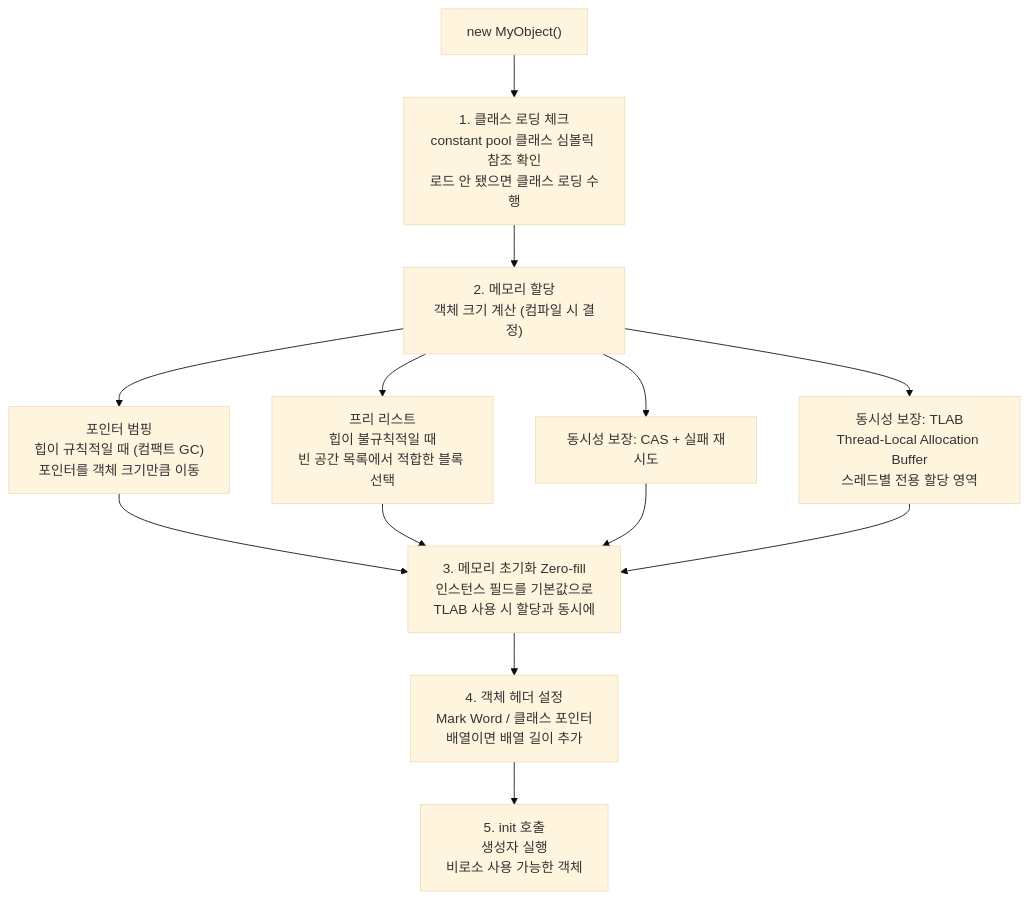
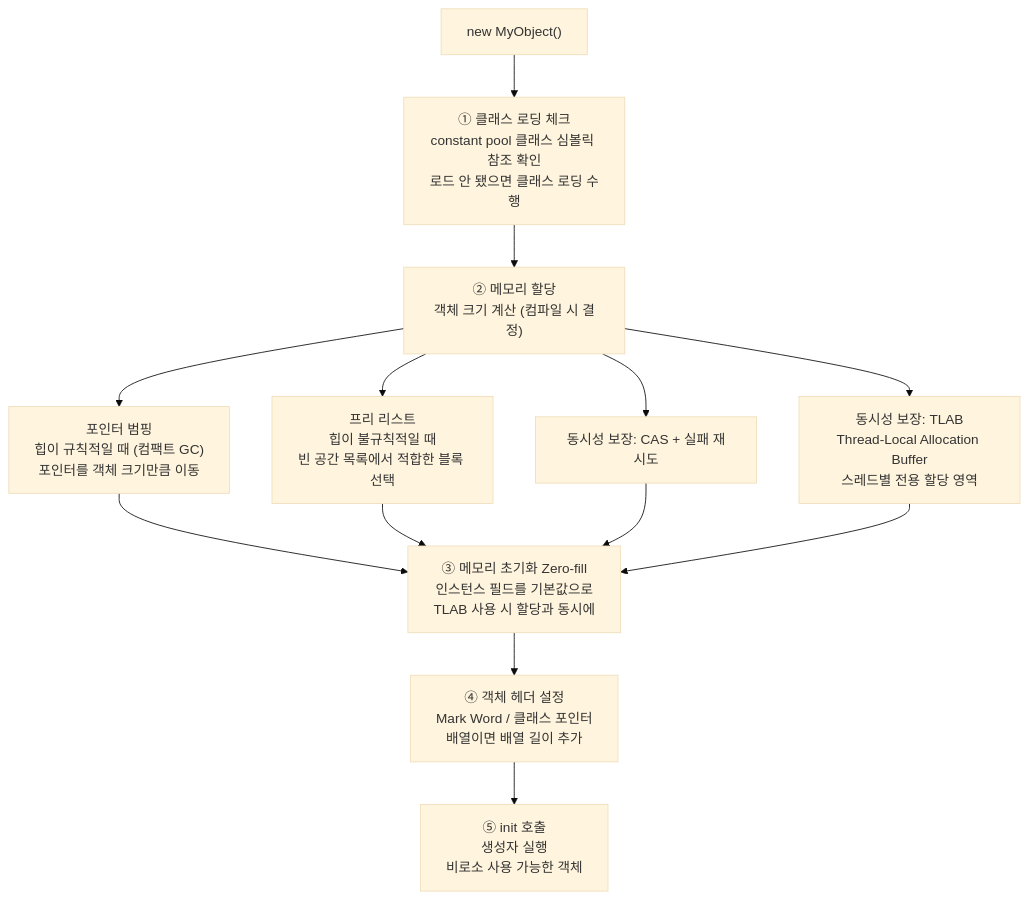
Before and after one commit to chjcmy/study: the second of 4 diagrams in jvm-book/part2/ch02/README.md, drawn with Mermaid (base theme). The commit also changed other lines of this file and 7 other files, not shown here.

First line of the commit message:
fix: Mermaid 다이어그램 렌더링 오류 수정

````diff
--- a/jvm-book/part2/ch02/README.md
+++ b/jvm-book/part2/ch02/README.md
@@ -63,26 +63,26 @@
 ```mermaid
 graph TD
     NEW["new MyObject()"]
-    STEP1["1. 클래스 로딩 체크\nconstant pool 클래스 심볼릭 참조 확인\n로드 안 됐으면 클래스 로딩 수행"]
-    STEP2["2. 메모리 할당\n객체 크기 계산 (컴파일 시 결정)"]
-    BUMP["포인터 범핑\n힙이 규칙적일 때 (컴팩트 GC)\n포인터를 객체 크기만큼 이동"]
-    FREELIST["프리 리스트\n힙이 불규칙적일 때\n빈 공간 목록에서 적합한 블록 선택"]
+    STEP1["① 클래스 로딩 체크<br/>constant pool 클래스 심볼릭 참조 확인<br/>로드 안 됐으면 클래스 로딩 수행"]
+    STEP2["② 메모리 할당<br/>객체 크기 계산 (컴파일 시 결정)"]
+    BUMP["포인터 범핑<br/>힙이 규칙적일 때 (컴팩트 GC)<br/>포인터를 객체 크기만큼 이동"]
+    FREELIST["프리 리스트<br/>힙이 불규칙적일 때<br/>빈 공간 목록에서 적합한 블록 선택"]
     CAS["동시성 보장: CAS + 실패 재시도"]
-    TLAB["동시성 보장: TLAB\nThread-Local Allocation Buffer\n스레드별 전용 할당 영역"]
-    STEP3["3. 메모리 초기화 Zero-fill\n인스턴스 필드를 기본값으로\nTLAB 사용 시 할당과 동시에"]
-    STEP4["4. 객체 헤더 설정\nMark Word / 클래스 포인터\n배열이면 배열 길이 추가"]
-    STEP5["5. init 호출\n생성자 실행\n비로소 사용 가능한 객체"]
+    TLAB["동시성 보장: TLAB<br/>Thread-Local Allocation Buffer<br/>스레드별 전용 할당 영역"]
+    STEP3["③ 메모리 초기화 Zero-fill<br/>인스턴스 필드를 기본값으로<br/>TLAB 사용 시 할당과 동시에"]
+    STEP4["④ 객체 헤더 설정<br/>Mark Word / 클래스 포인터<br/>배열이면 배열 길이 추가"]
+    STEP5["⑤ init 호출<br/>생성자 실행<br/>비로소 사용 가능한 객체"]
 
     NEW --> STEP1
     STEP1 --> STEP2
     STEP2 --> BUMP
     STEP2 --> FREELIST
     STEP2 --> CAS
     STEP2 --> TLAB
     BUMP --> STEP3
     FREELIST --> STEP3
     CAS --> STEP3
     TLAB --> STEP3
     STEP3 --> STEP4
     STEP4 --> STEP5
 ```
````
